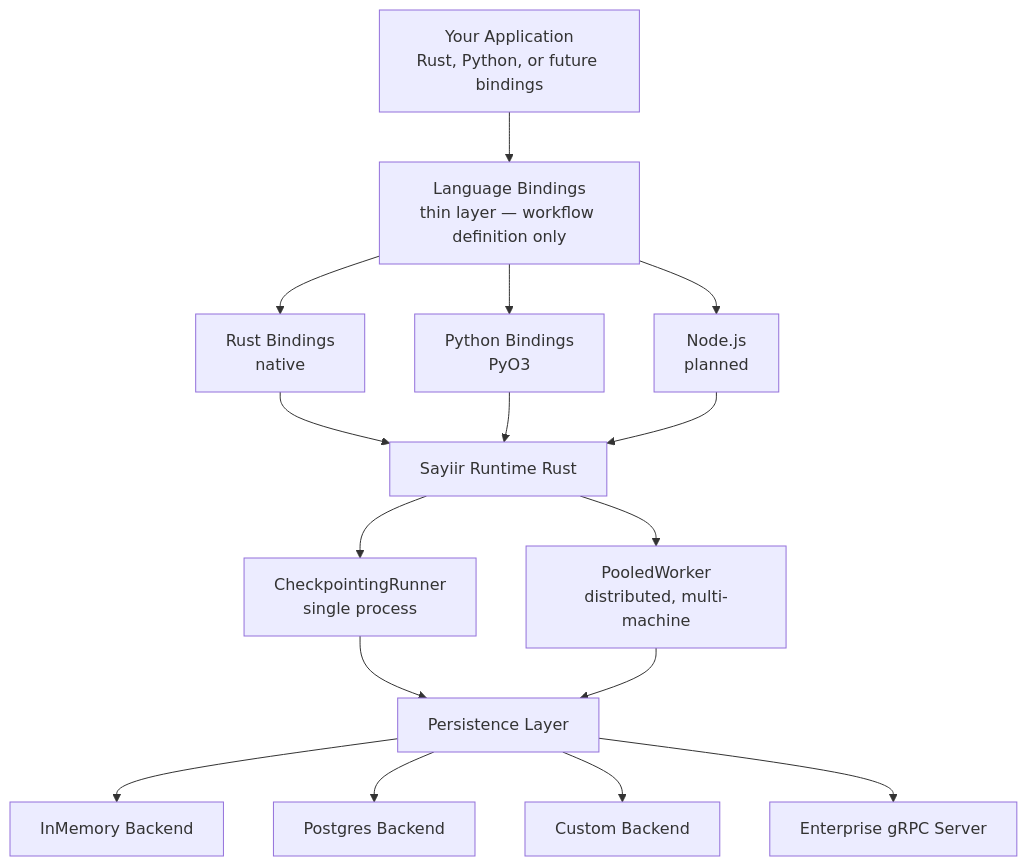
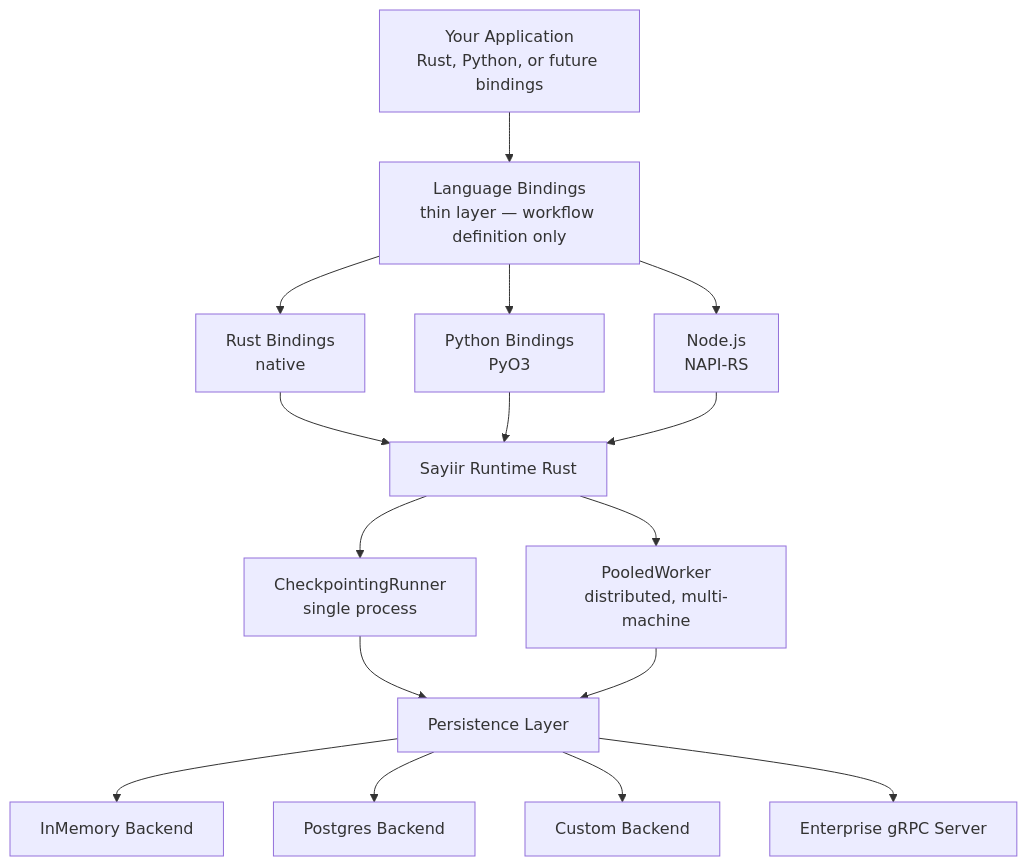
Before and after one commit to sayiir/sayiir: the first of 2 diagrams in website/src/content/docs/concepts/architecture.mdx, drawn with Mermaid. The commit also changed other lines of this file and 2 other files, not shown here.

````diff
--- a/website/src/content/docs/concepts/architecture.mdx
+++ b/website/src/content/docs/concepts/architecture.mdx
@@ -8,32 +8,32 @@
 ```mermaid
 graph TB
     App[Your Application<br/>Rust, Python, or future bindings]
     Bindings[Language Bindings<br/>thin layer — workflow definition only]
     Rust[Rust Bindings<br/>native]
     Python[Python Bindings<br/>PyO3]
-    Node[Node.js<br/>planned]
+    Node[Node.js<br/>NAPI-RS]
     Runtime[Sayiir Runtime Rust]
     CheckpointRunner[CheckpointingRunner<br/>single process]
     PooledWorker[PooledWorker<br/>distributed, multi-machine]
     Persistence[Persistence Layer]
     InMem[InMemory Backend]
     Postgres[Postgres Backend]
     Custom[Custom Backend]
     Enterprise[Enterprise gRPC Server]
 
     App --> Bindings
     Bindings --> Rust
     Bindings --> Python
     Bindings --> Node
     Rust --> Runtime
     Python --> Runtime
     Node --> Runtime
     Runtime --> CheckpointRunner
     Runtime --> PooledWorker
     CheckpointRunner --> Persistence
     PooledWorker --> Persistence
     Persistence --> InMem
     Persistence --> Postgres
     Persistence --> Custom
     Persistence --> Enterprise
 ```
````
